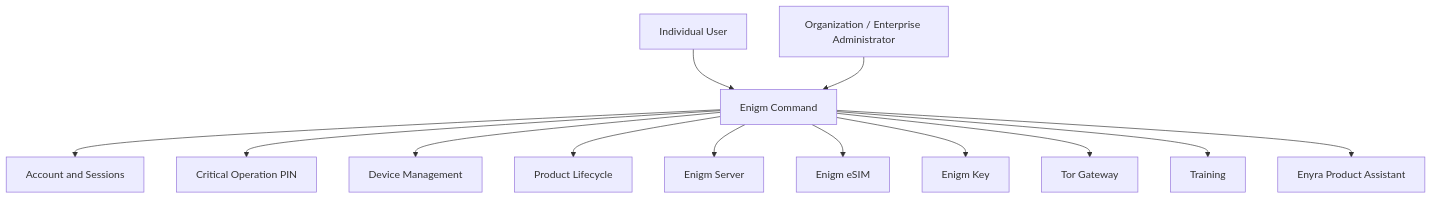
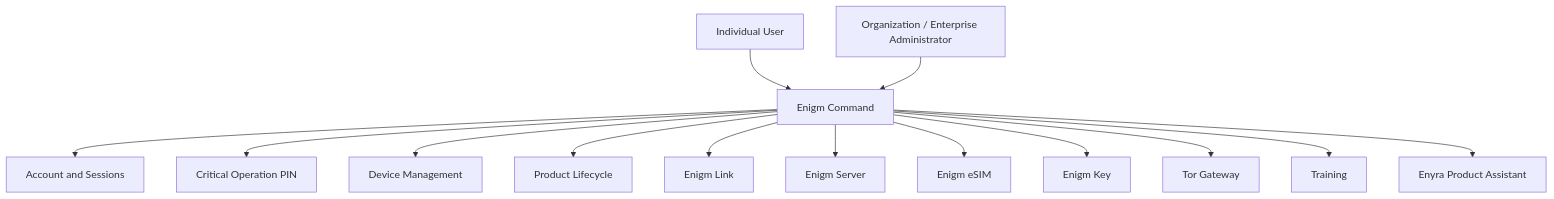
Before and after one commit to enigm-llc/docs: the diagram in command/overview.mdx, drawn with Mermaid. The commit also changed other lines of this file and 15 other files, not shown here.

Commit message:
Add Enigm Link documentation

````diff
--- a/command/overview.mdx
+++ b/command/overview.mdx
@@ -18,15 +18,16 @@
 ```mermaid
 flowchart TD
   User["Individual User"] --> Command["Enigm Command"]
   Enterprise["Organization / Enterprise Administrator"] --> Command
   Command --> Account["Account and Sessions"]
   Command --> PIN["Critical Operation PIN"]
   Command --> Devices["Device Management"]
   Command --> Products["Product Lifecycle"]
+  Command --> Link["Enigm Link"]
   Command --> Server["Enigm Server"]
   Command --> ESIM["Enigm eSIM"]
   Command --> Key["Enigm Key"]
   Command --> Tor["Tor Gateway"]
   Command --> Training["Training"]
   Command --> Assistant["Enyra Product Assistant"]
 ```
````
